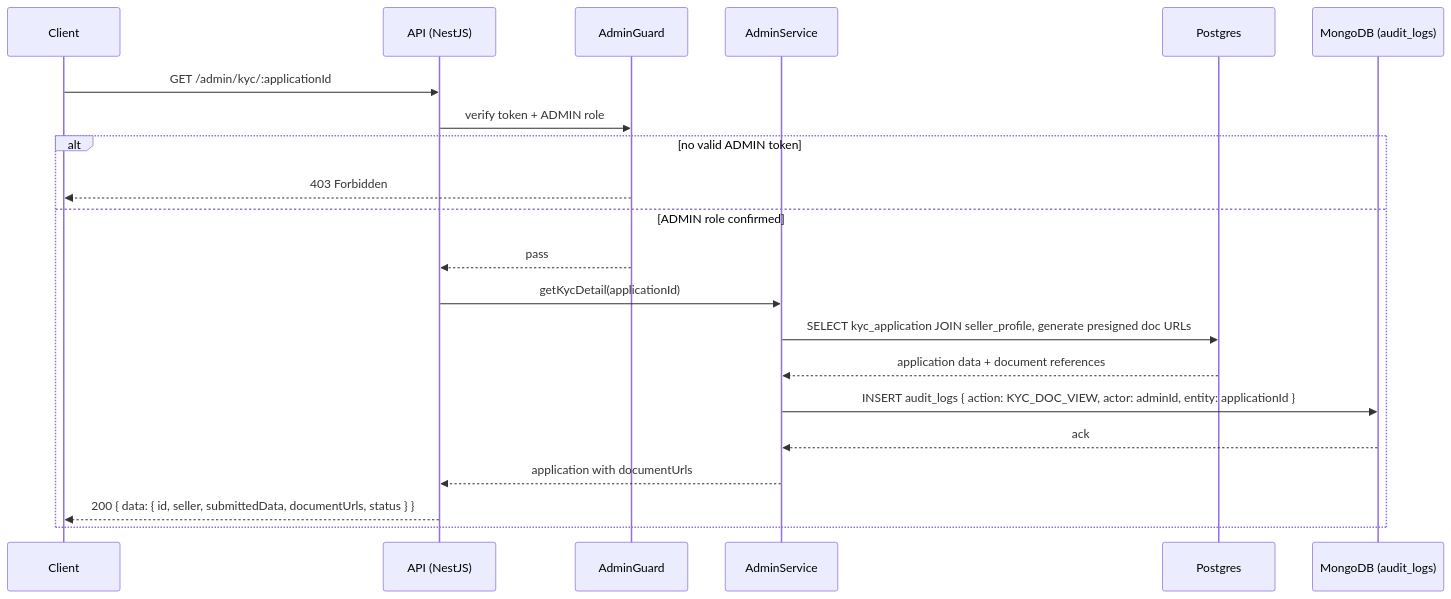
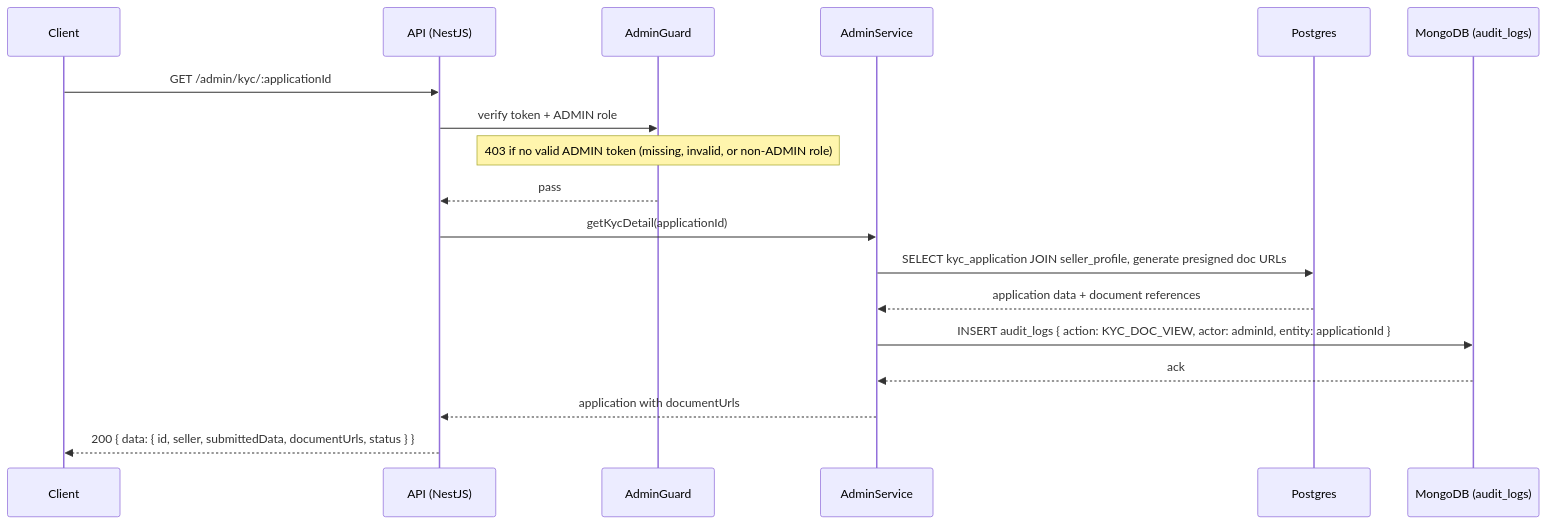
Before and after one commit to alisa-uthi/aliceut-ecom-document: the second of 12 diagrams in phase-1/technical-design/api-design/admin.md, drawn with Mermaid. The commit also changed other lines of this file and 35 other files, not shown here.

Commit message:
doc: cross-document alignment audit

````diff
--- a/phase-1/technical-design/api-design/admin.md
+++ b/phase-1/technical-design/api-design/admin.md
@@ -136,24 +133,21 @@
 ```mermaid
 sequenceDiagram
     participant C as Client
     participant API as API (NestJS)
     participant G as AdminGuard
     participant S as AdminService
     participant PG as Postgres
     participant MDB as MongoDB (audit_logs)
 
     C->>API: GET /admin/kyc/:applicationId
     API->>G: verify token + ADMIN role
-    alt no valid ADMIN token
-        G-->>C: 403 Forbidden
-    else ADMIN role confirmed
-        G-->>API: pass
-        API->>S: getKycDetail(applicationId)
-        S->>PG: SELECT kyc_application JOIN seller_profile, generate presigned doc URLs
-        PG-->>S: application data + document references
-        S->>MDB: INSERT audit_logs { action: KYC_DOC_VIEW, actor: adminId, entity: applicationId }
-        MDB-->>S: ack
-        S-->>API: application with documentUrls
-        API-->>C: 200 { data: { id, seller, submittedData, documentUrls, status } }
-    end
+    Note over G: 403 if no valid ADMIN token (missing, invalid, or non-ADMIN role)
+    G-->>API: pass
+    API->>S: getKycDetail(applicationId)
+    S->>PG: SELECT kyc_application JOIN seller_profile, generate presigned doc URLs
+    PG-->>S: application data + document references
+    S->>MDB: INSERT audit_logs { action: KYC_DOC_VIEW, actor: adminId, entity: applicationId }
+    MDB-->>S: ack
+    S-->>API: application with documentUrls
+    API-->>C: 200 { data: { id, seller, submittedData, documentUrls, status } }
 ```
````
